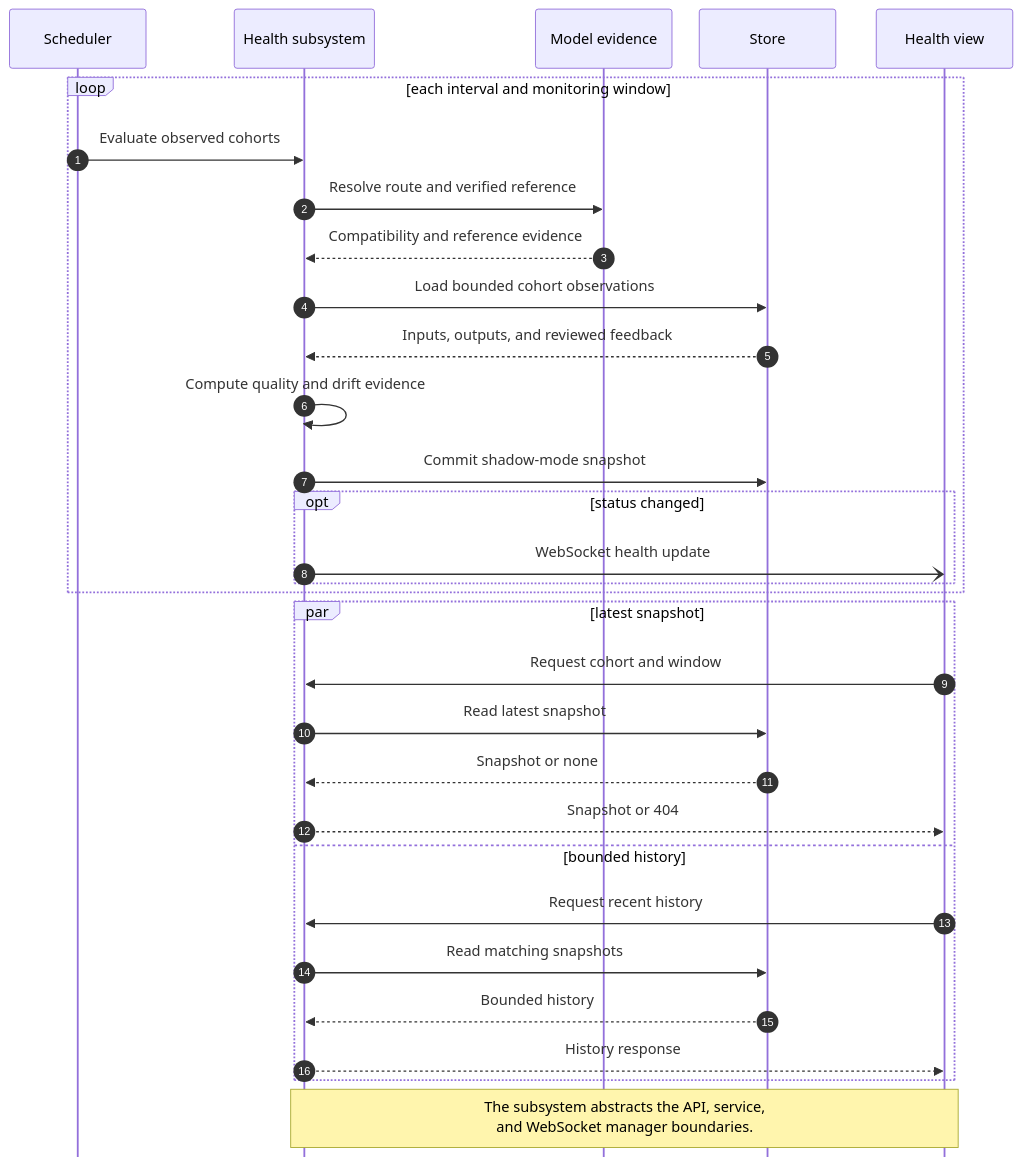
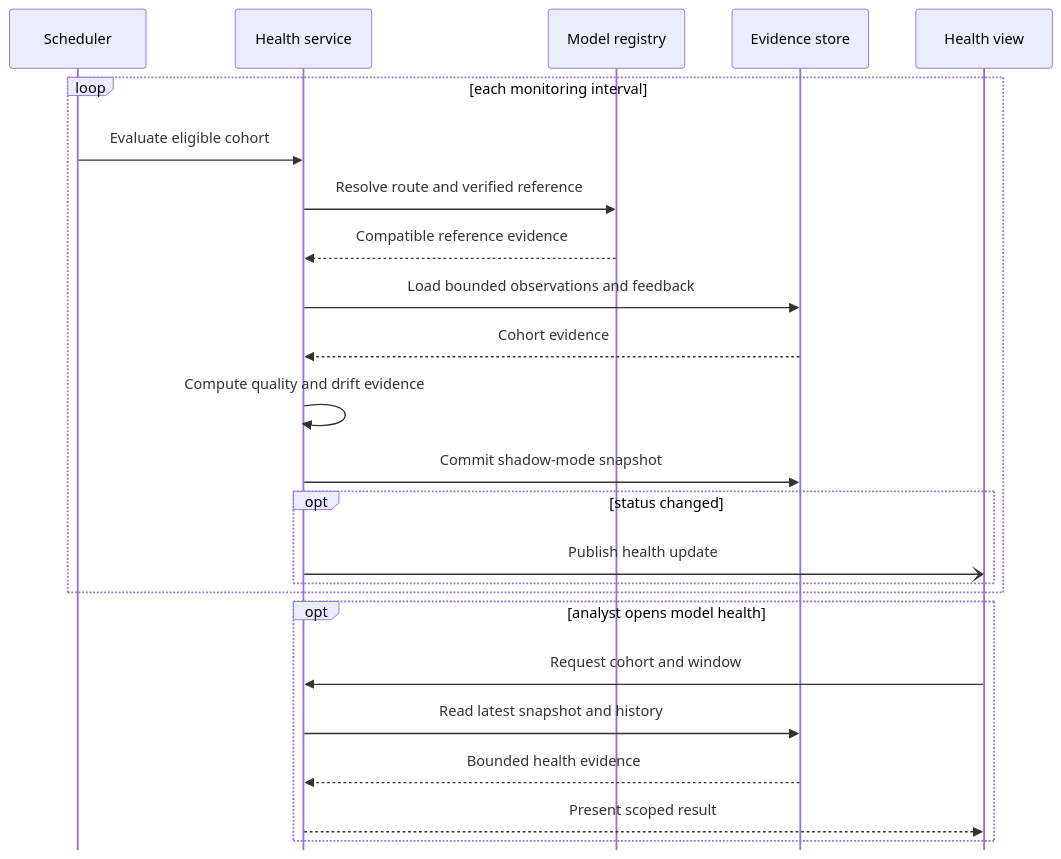
The diagram in diagrams/11-model-health-sequence.mmd (ZakariaElKhaldi/4iir-sr), drawn with Mermaid before and after one commit. The commit also changed 50 other files, not shown here.

```diff
--- a/diagrams/11-model-health-sequence.mmd
+++ b/diagrams/11-model-health-sequence.mmd
@@ -1,41 +1,33 @@
 ---
 config:
   sequence:
     mirrorActors: false
-    actorMargin: 30
-    messageMargin: 25
+    actorMargin: 52
+    messageMargin: 32
 ---
 sequenceDiagram
-    autonumber
     participant Scheduler
-    participant Health as Health subsystem
-    participant Models as Model evidence
-    participant DB as Store
-    participant UI as Health view
+    participant Health as Health service
+    participant Registry as Model registry
+    participant Store as Evidence store
+    participant View as Health view
 
-    loop each interval and monitoring window
-        Scheduler->>Health: Evaluate observed cohorts
-        Health->>Models: Resolve route and verified reference
-        Models-->>Health: Compatibility and reference evidence
-        Health->>DB: Load bounded cohort observations
-        DB-->>Health: Inputs, outputs, and reviewed feedback
+    loop each monitoring interval
+        Scheduler->>Health: Evaluate eligible cohort
+        Health->>Registry: Resolve route and verified reference
+        Registry-->>Health: Compatible reference evidence
+        Health->>Store: Load bounded observations and feedback
+        Store-->>Health: Cohort evidence
         Health->>Health: Compute quality and drift evidence
-        Health->>DB: Commit shadow-mode snapshot
+        Health->>Store: Commit shadow-mode snapshot
         opt status changed
-            Health-)UI: WebSocket health update
+            Health-)View: Publish health update
         end
     end
 
-    par latest snapshot
-        UI->>Health: Request cohort and window
-        Health->>DB: Read latest snapshot
-        DB-->>Health: Snapshot or none
-        Health-->>UI: Snapshot or 404
-    and bounded history
-        UI->>Health: Request recent history
-        Health->>DB: Read matching snapshots
-        DB-->>Health: Bounded history
-        Health-->>UI: History response
+    opt analyst opens model health
+        View->>Health: Request cohort and window
+        Health->>Store: Read latest snapshot and history
+        Store-->>Health: Bounded health evidence
+        Health-->>View: Present scoped result
     end
-
-    note over Health,UI: The subsystem abstracts the API, service,<br/>and WebSocket manager boundaries.
```
